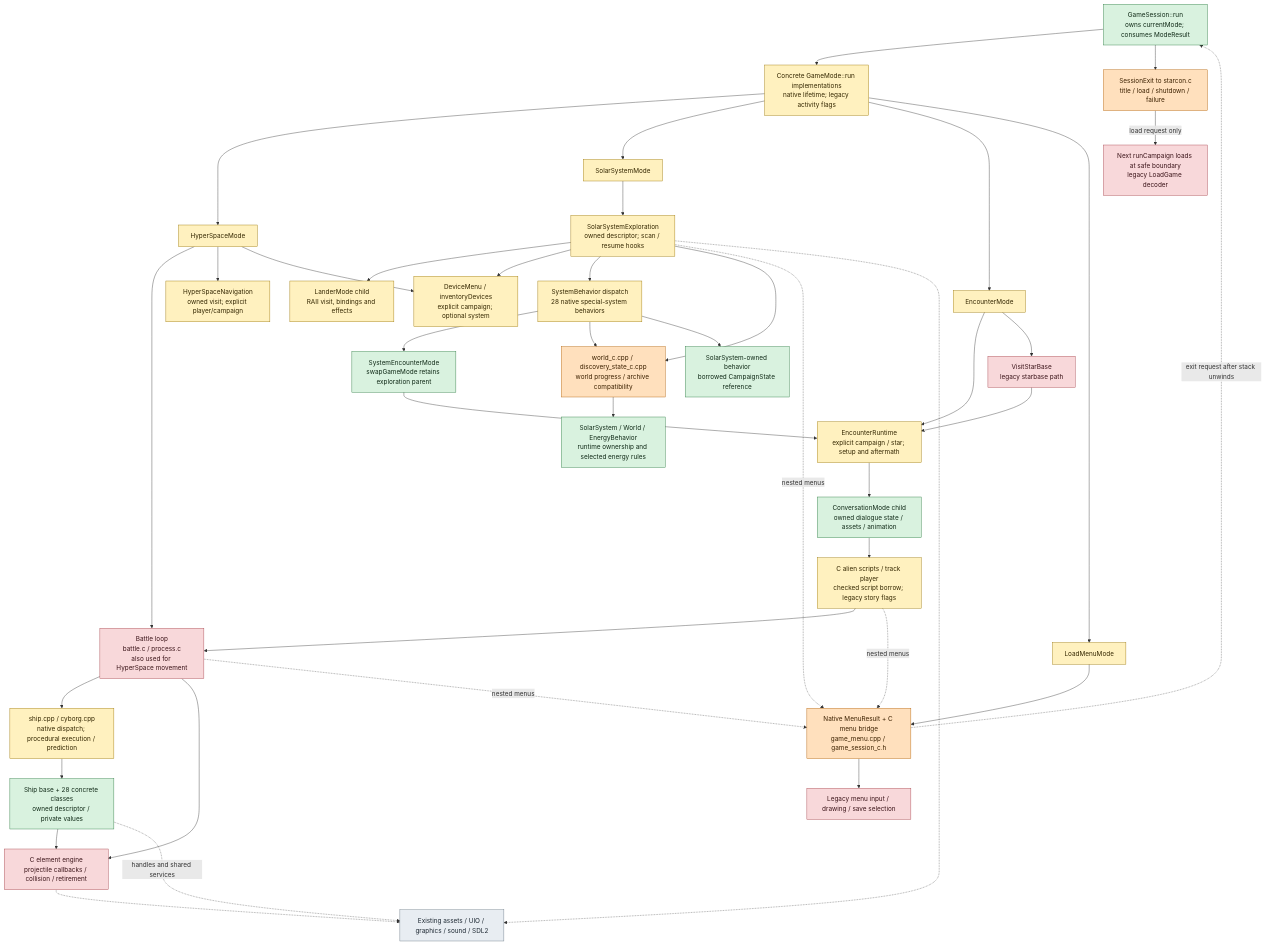
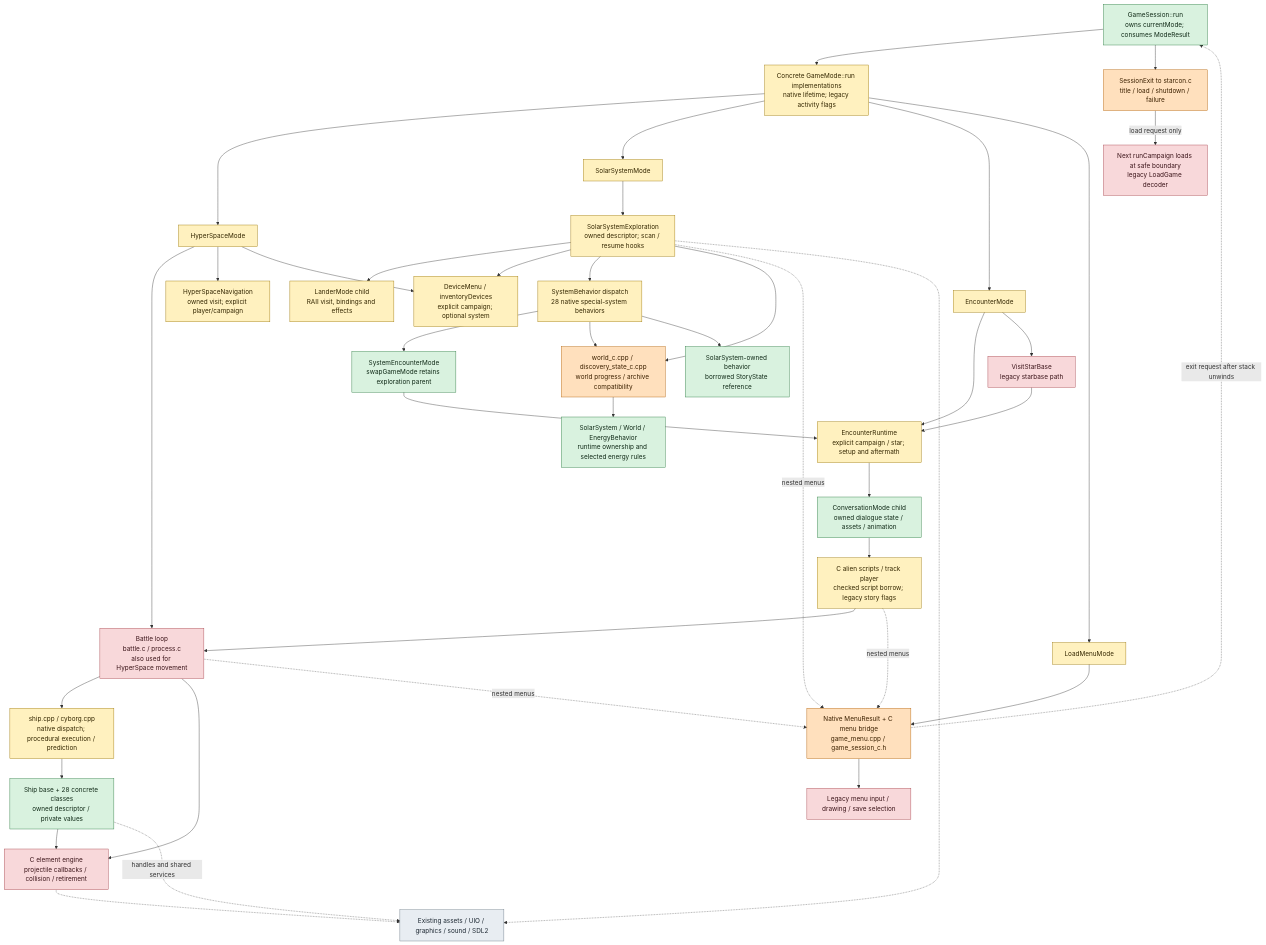
One commit to yost-jacob/uqm-cpp17 changed the first of 3 diagrams in docs/design/runtime-map.md. Above: the diagram before and after it, drawn with Mermaid. The commit also changed other lines of this file and 84 other files, not shown here.

Commit message:
Rename personal CampaignState to StoryState throughout native code

````diff
--- a/docs/design/runtime-map.md
+++ b/docs/design/runtime-map.md
@@ -20,55 +20,55 @@
 ```mermaid
 flowchart TD
     D["GameSession::run<br/>owns currentMode; consumes ModeResult"]:::native
     M["Concrete GameMode::run implementations<br/>native lifetime; legacy activity flags"]:::mixed
     D --> M
     M --> H["HyperSpaceMode"]:::mixed
     M --> S["SolarSystemMode"]:::mixed
     M --> E["EncounterMode"]:::mixed
     M --> O["LoadMenuMode"]:::mixed
 
     H --> B["Battle loop<br/>battle.c / process.c<br/>also used for HyperSpace movement"]:::legacy
     H --> HP["HyperSpaceNavigation<br/>owned visit; explicit player/campaign"]:::mixed
     S --> EX["SolarSystemExploration<br/>owned descriptor; scan / resume hooks"]:::mixed
     EX --> LM["LanderMode child<br/>RAII visit, bindings and effects"]:::mixed
     E --> ER["EncounterRuntime<br/>explicit campaign / star; setup and aftermath"]:::mixed
     ER --> CV["ConversationMode child<br/>owned dialogue state / assets / animation"]:::native
     CV --> EC["C alien scripts / track player<br/>checked script borrow; legacy story flags"]:::mixed
     E --> BASE["VisitStarBase<br/>legacy starbase path"]:::legacy
     BASE --> ER
     H --> DEV["DeviceMenu / inventoryDevices<br/>explicit campaign; optional system"]:::mixed
     EX --> DEV
     EC --> B
 
     B --> SE["ship.cpp / cyborg.cpp<br/>native dispatch; procedural execution / prediction"]:::mixed
     SE --> SH["Ship base + 28 concrete classes<br/>owned descriptor / private values"]:::native
     SH --> EL["C element engine<br/>projectile callbacks / collision / retirement"]:::legacy
     B --> EL
 
     EX --> GEN["SystemBehavior dispatch<br/>28 native special-system behaviors"]:::mixed
     EX --> WA["world_c.cpp / discovery_state_c.cpp<br/>world progress / archive compatibility"]:::adapter
     GEN --> CHILD["SystemEncounterMode<br/>swapGameMode retains exploration parent"]:::native
     CHILD --> ER
     GEN --> WA
-    GEN --> SB["SolarSystem-owned behavior<br/>borrowed CampaignState reference"]:::native
+    GEN --> SB["SolarSystem-owned behavior<br/>borrowed StoryState reference"]:::native
     WA --> WO["SolarSystem / World / EnergyBehavior<br/>runtime ownership and selected energy rules"]:::native
 
     O --> MN["Native MenuResult + C menu bridge<br/>game_menu.cpp / game_session_c.h"]:::adapter
     B -. nested menus .-> MN
     EX -. nested menus .-> MN
     EC -. nested menus .-> MN
     MN --> UI["Legacy menu input / drawing / save selection"]:::legacy
     MN -. exit request after stack unwinds .-> D
     D --> EXIT["SessionExit to starcon.c<br/>title / load / shutdown / failure"]:::adapter
     EXIT -->|load request only| LOAD["Next runCampaign loads at safe boundary<br/>legacy LoadGame decoder"]:::legacy
 
     SH -. handles and shared services .-> RES["Existing assets / UIO / graphics / sound / SDL2"]:::foundation
     EL -.-> RES
     EX -.-> RES
 
     classDef native fill:#d9f2df,stroke:#27783d,color:#102a17;
     classDef mixed fill:#fff1bf,stroke:#9a7400,color:#342700;
     classDef adapter fill:#ffe0bd,stroke:#af5c00,color:#3c2100;
     classDef legacy fill:#f8d8da,stroke:#a43f48,color:#3b1419;
     classDef foundation fill:#e8edf2,stroke:#667582,color:#1e2933;
 ```
````
